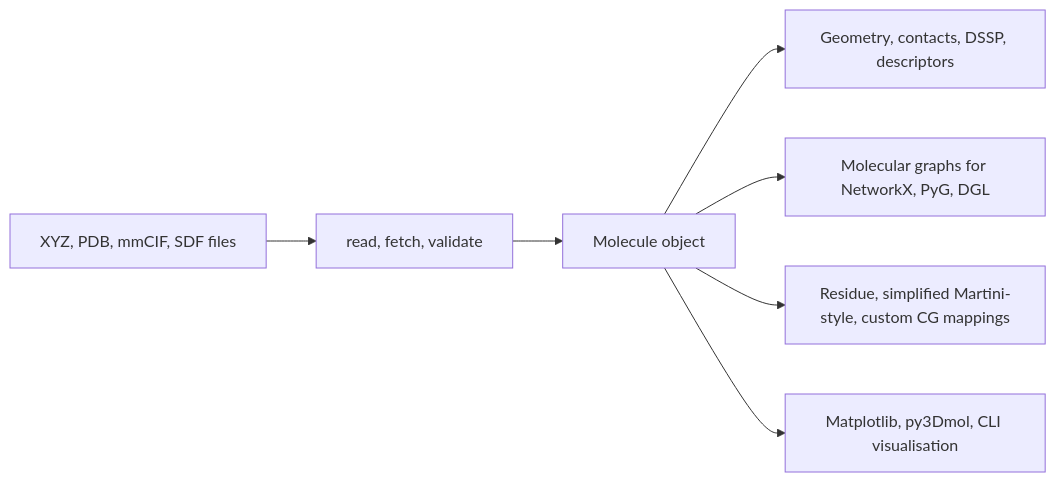
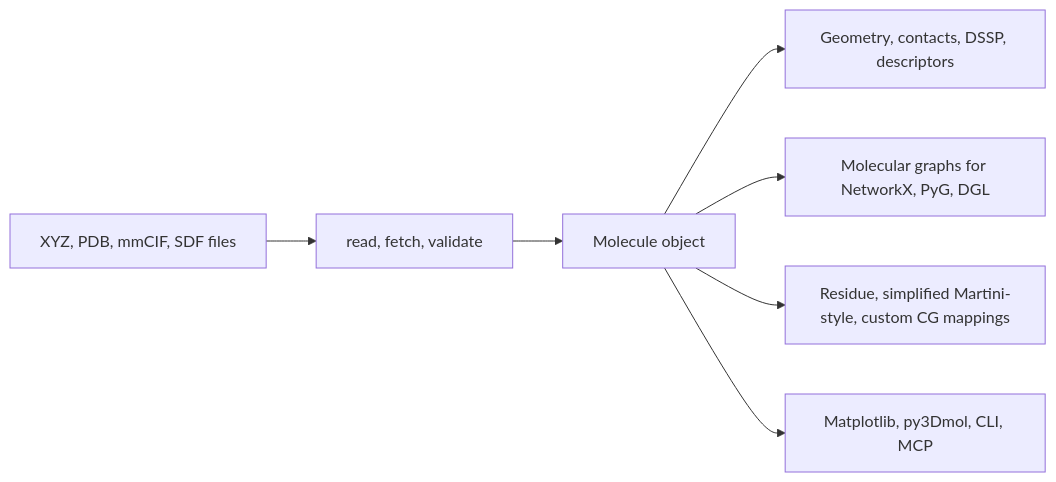
Before and after one commit to roshan2004/Molecule3D: the diagram in README.md, drawn with Mermaid. The commit also changed other lines of this file and 3 other files, not shown here.

````diff
--- a/README.md
+++ b/README.md
@@ -62,9 +237,9 @@
 ```mermaid
 graph LR
     A[XYZ, PDB, mmCIF, SDF files] --> B[read, fetch, validate]
     B --> C[Molecule object]
     C --> D[Geometry, contacts, DSSP, descriptors]
     C --> E[Molecular graphs for NetworkX, PyG, DGL]
     C --> F[Residue, simplified Martini-style, custom CG mappings]
-    C --> G[Matplotlib, py3Dmol, CLI visualisation]
+    C --> G[Matplotlib, py3Dmol, CLI, MCP]
 ```
````
